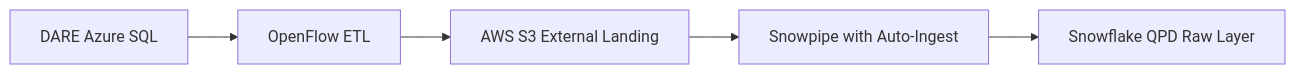
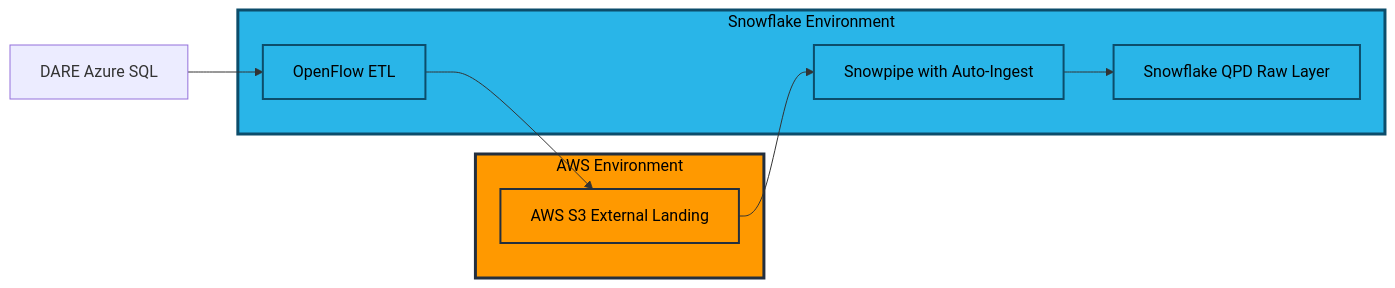
The seventh of 22 diagrams in 15-BB-QPD Future State/QPD - Future State.md (sfc-gh-mhindi/REPO_CBA), drawn with Mermaid before and after one commit. The commit also changed other lines of this file, not shown here.

Commit message:
Update QPD - Future State.md

````diff
--- a/15-BB-QPD Future State/QPD - Future State.md
+++ b/15-BB-QPD Future State/QPD - Future State.md
@@ -503,7 +534,26 @@
 ```mermaid
 graph LR
-    DARE[DARE Azure SQL] --> OpenFlow[OpenFlow ETL]
-    OpenFlow --> S3_Landing[AWS S3 External Landing]
-    S3_Landing --> Snowpipe[Snowpipe with Auto-Ingest]
-    Snowpipe --> SF_Raw[Snowflake QPD Raw Layer]
+    DARE[DARE Azure SQL]
+    
+    subgraph AWS["AWS Environment"]
+        S3_Landing[AWS S3 External Landing]
+    end
+    
+    subgraph Snowflake["Snowflake Environment"]
+        OpenFlow[OpenFlow ETL]
+        Snowpipe[Snowpipe with Auto-Ingest]
+        SF_Raw[Snowflake QPD Raw Layer]
+    end
+    
+    DARE --> OpenFlow
+    OpenFlow --> S3_Landing
+    S3_Landing --> Snowpipe
+    Snowpipe --> SF_Raw
+    
+    style AWS fill:#ff9900,stroke:#232f3e,stroke-width:3px,color:#000
+    style Snowflake fill:#29b5e8,stroke:#0c4d6b,stroke-width:3px,color:#000
+    style S3_Landing fill:#ff9900,stroke:#232f3e,stroke-width:2px,color:#000
+    style OpenFlow fill:#29b5e8,stroke:#0c4d6b,stroke-width:2px,color:#000
+    style Snowpipe fill:#29b5e8,stroke:#0c4d6b,stroke-width:2px,color:#000
+    style SF_Raw fill:#29b5e8,stroke:#0c4d6b,stroke-width:2px,color:#000
 ```
````
